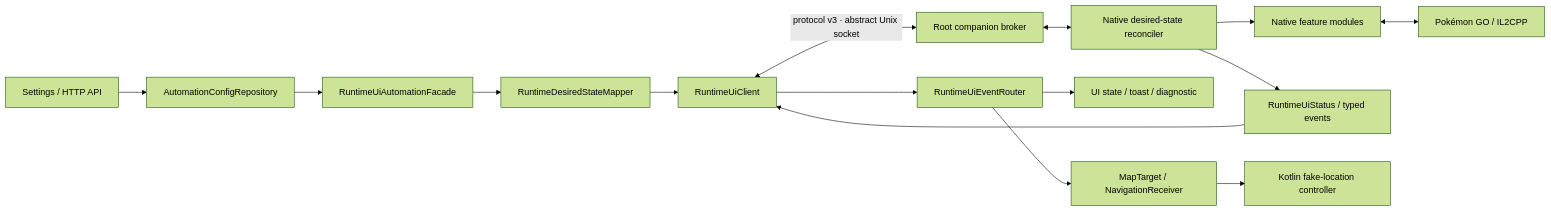
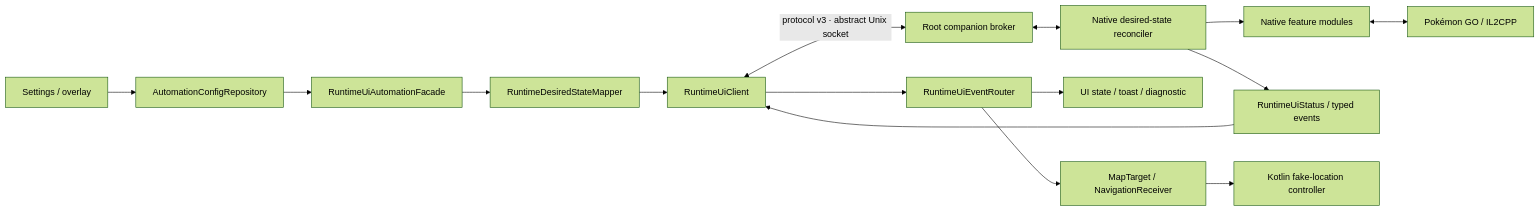
One commit to danghungtb26/pogo-root-automation changed the diagram in docs/DATAFLOW_OVERVIEW.md. Above: the diagram before and after it, drawn with Mermaid (forest theme). The commit also changed other lines of this file and 59 other files, not shown here.

````diff
--- a/docs/DATAFLOW_OVERVIEW.md
+++ b/docs/DATAFLOW_OVERVIEW.md
@@ -29,17 +29,17 @@
 ```mermaid
 flowchart LR
-    UI["Settings / HTTP API"] --> P["AutomationConfigRepository"]
+    UI["Settings / overlay"] --> P["AutomationConfigRepository"]
     P --> F["RuntimeUiAutomationFacade"]
     F --> M["RuntimeDesiredStateMapper"]
     M --> C["RuntimeUiClient"]
     C <-->|"protocol v3 · abstract Unix socket"| B["Root companion broker"]
     B <--> N["Native desired-state reconciler"]
     N --> MOD["Native feature modules"]
     MOD <--> G["Pokémon GO / IL2CPP"]
     N --> S["RuntimeUiStatus / typed events"]
     S --> C
     C --> R["RuntimeUiEventRouter"]
     R --> STATE["UI state / toast / diagnostic"]
     R --> LOC["MapTarget / NavigationReceiver"]
     LOC --> L["Kotlin fake-location controller"]
 ```
````
